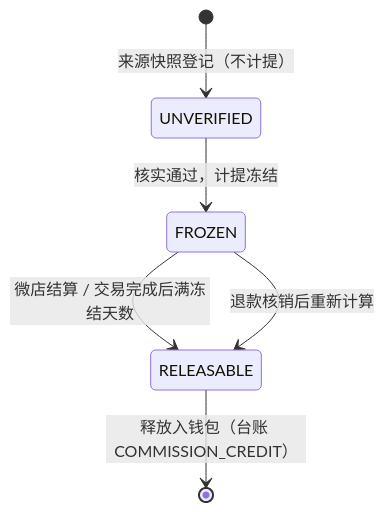
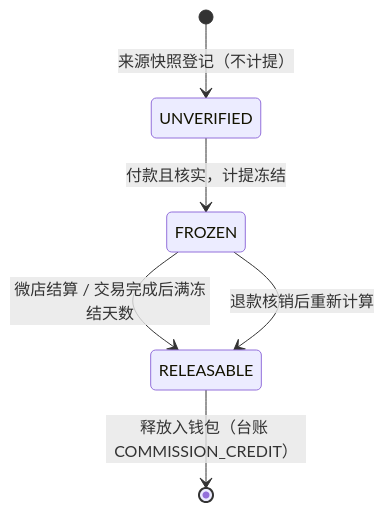
Before and after one commit to ksws00684315/t-crm: the fifth of 6 diagrams in docs/03-设计/系统详细设计说明书.md, drawn with Mermaid. The commit also changed other lines of this file and 39 other files, not shown here.

````diff
--- a/docs/03-设计/系统详细设计说明书.md
+++ b/docs/03-设计/系统详细设计说明书.md
@@ -623,8 +628,8 @@
 ```mermaid
 stateDiagram-v2
   [*] --> UNVERIFIED: 来源快照登记（不计提）
-  UNVERIFIED --> FROZEN: 核实通过，计提冻结
+  UNVERIFIED --> FROZEN: 付款且核实，计提冻结
   FROZEN --> RELEASABLE: 微店结算 / 交易完成后满冻结天数
   RELEASABLE --> [*]: 释放入钱包（台账 COMMISSION_CREDIT）
   FROZEN --> RELEASABLE: 退款核销后重新计算
 ```
````
